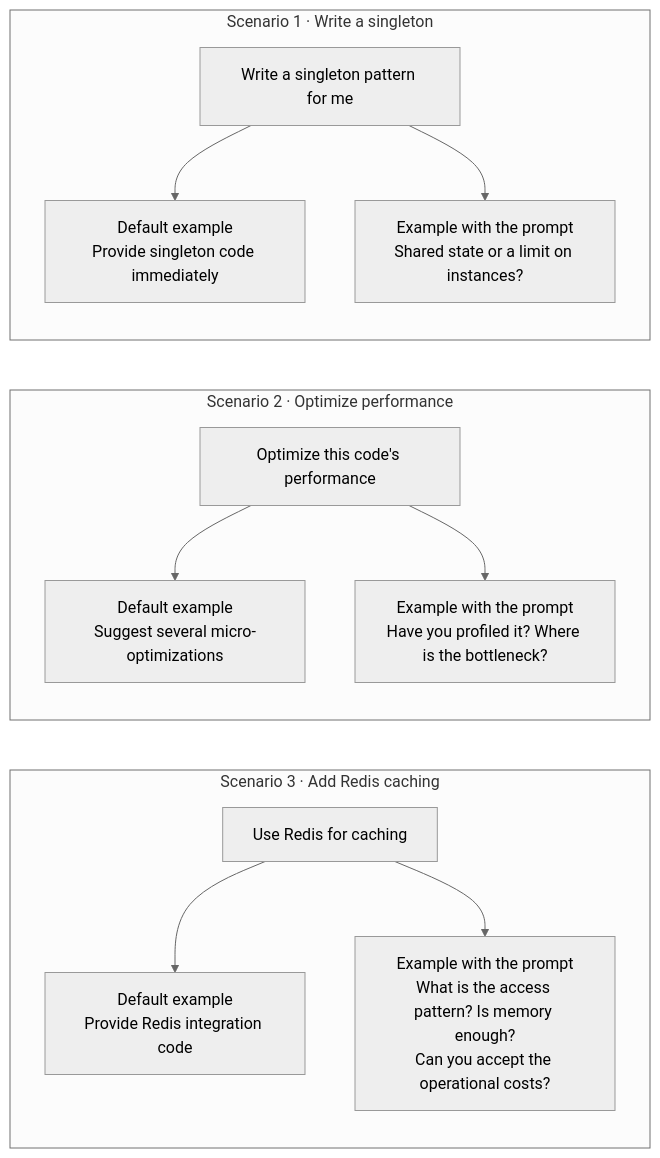
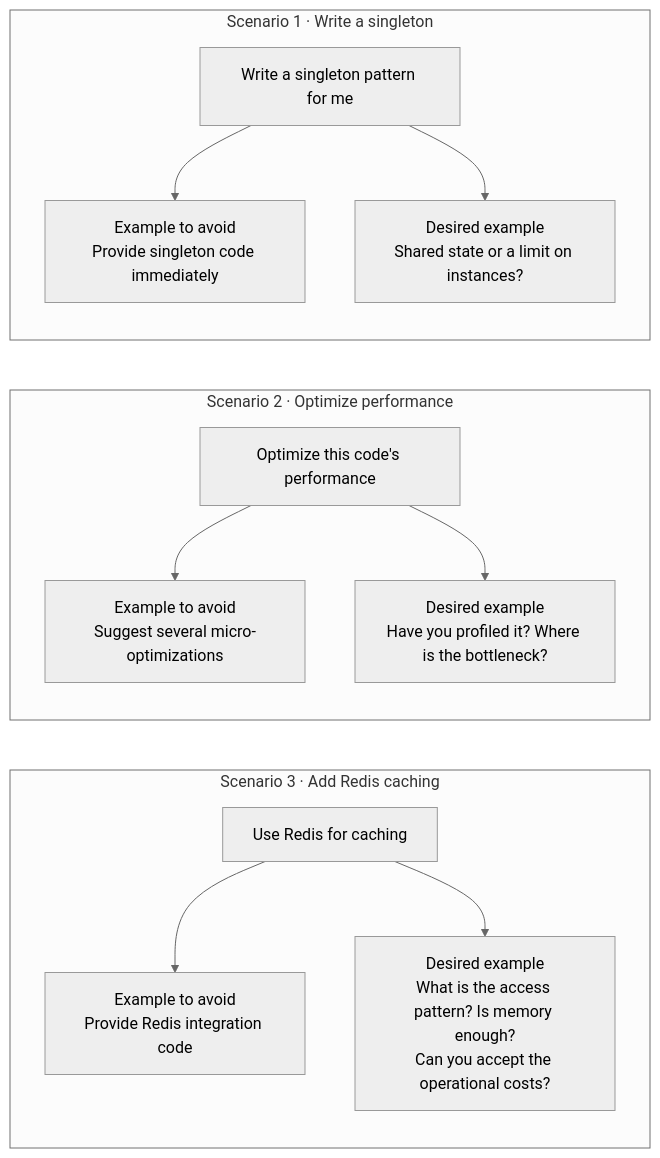
Before and after one commit to Jackie-Daddy/Lab-Tutorial: the diagram in diagrams/en/cursor-before-after.mmd, drawn with Mermaid (neutral theme). The commit also changed 77 other files, not shown here.

```diff
--- a/diagrams/en/cursor-before-after.mmd
+++ b/diagrams/en/cursor-before-after.mmd
@@ -1,28 +1,28 @@
 flowchart TB
-  accTitle: Example Responses Before and After the Prompt
+  accTitle: Communication patterns the prompt aims to encourage
   accDescr: Three examples illustrate the intended change in responses: clarify shared state versus instance limits before a singleton, ask for profiling before optimization, and evaluate access patterns, memory caching, and operational costs before Redis. These are examples, not guaranteed outcomes.
   subgraph singleton["Scenario 1 · Write a singleton"]
     direction TB
     singletonTask["Write a singleton pattern for me"]
-    singletonDefault["Default example<br/>Provide singleton code immediately"]
-    singletonPrompt["Example with the prompt<br/>Shared state or a limit on instances?"]
+    singletonDefault["Example to avoid<br/>Provide singleton code immediately"]
+    singletonPrompt["Desired example<br/>Shared state or a limit on instances?"]
     singletonTask --> singletonDefault
     singletonTask --> singletonPrompt
   end
   subgraph performance["Scenario 2 · Optimize performance"]
     direction TB
     performanceTask["Optimize this code's performance"]
-    performanceDefault["Default example<br/>Suggest several micro-optimizations"]
-    performancePrompt["Example with the prompt<br/>Have you profiled it? Where is the bottleneck?"]
+    performanceDefault["Example to avoid<br/>Suggest several micro-optimizations"]
+    performancePrompt["Desired example<br/>Have you profiled it? Where is the bottleneck?"]
     performanceTask --> performanceDefault
     performanceTask --> performancePrompt
   end
   subgraph caching["Scenario 3 · Add Redis caching"]
     direction TB
     cachingTask["Use Redis for caching"]
-    cachingDefault["Default example<br/>Provide Redis integration code"]
-    cachingPrompt["Example with the prompt<br/>What is the access pattern? Is memory enough?<br/>Can you accept the operational costs?"]
+    cachingDefault["Example to avoid<br/>Provide Redis integration code"]
+    cachingPrompt["Desired example<br/>What is the access pattern? Is memory enough?<br/>Can you accept the operational costs?"]
     cachingTask --> cachingDefault
     cachingTask --> cachingPrompt
   end
   singleton ~~~ performance ~~~ caching
```
